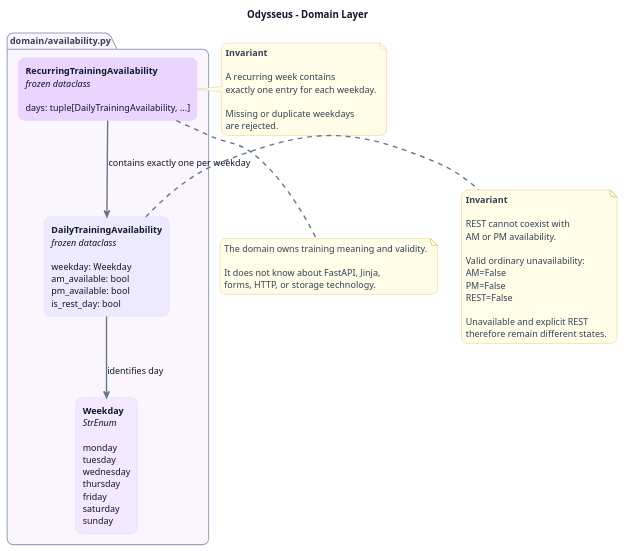
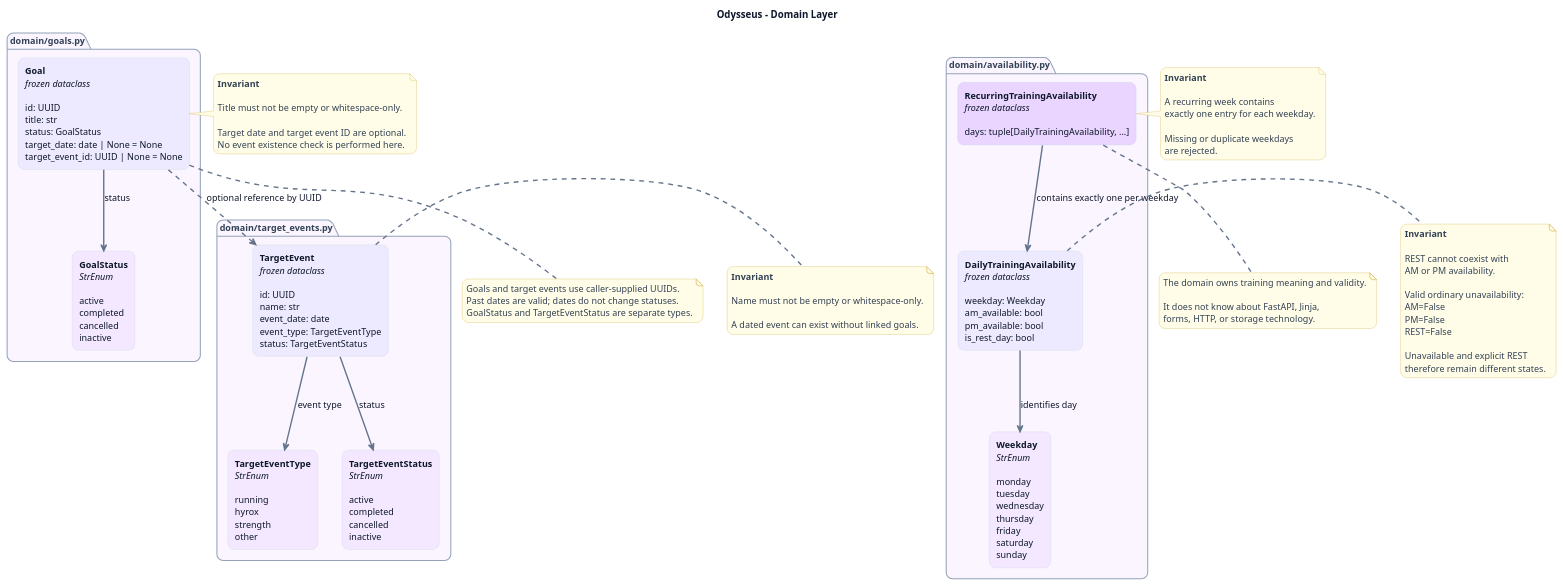
One commit to RedFrosty2/MC-portfolio changed the diagram in apps/Odysseus/docs/architecture/diagrams/domain-layer.puml. Above: the diagram before and after it, drawn with PlantUML. The commit also changed 28 other files, not shown here.

```diff
--- a/apps/Odysseus/docs/architecture/diagrams/domain-layer.puml
+++ b/apps/Odysseus/docs/architecture/diagrams/domain-layer.puml
@@ -1,77 +1,118 @@
 @startuml
 title Odysseus - Domain Layer
 
 top to bottom direction
 hide empty description
 
 skinparam backgroundColor #FFFFFF
 skinparam shadowing false
 skinparam roundcorner 18
 skinparam ArrowColor #64748B
 skinparam ArrowThickness 2
 skinparam defaultFontName Arial
 skinparam defaultFontSize 13
 skinparam defaultFontColor #0F172A
 skinparam TitleFontColor #0F172A
 
 skinparam rectangle {
     BorderColor #CBD5E1
     FontColor #0F172A
 }
 
 skinparam package {
     BorderColor #94A3B8
     FontColor #334155
 }
 
 skinparam note {
     BackgroundColor #FFFDE7
     BorderColor #D6B656
     FontColor #334155
 }
 
 
 package "domain/availability.py" #FAF5FF {
     rectangle "<b>Weekday</b>\n<i>StrEnum</i>\n\nmonday\ntuesday\nwednesday\nthursday\nfriday\nsaturday\nsunday" as Weekday #F3E8FF
 
     rectangle "<b>DailyTrainingAvailability</b>\n<i>frozen dataclass</i>\n\nweekday: Weekday\nam_available: bool\npm_available: bool\nis_rest_day: bool" as Daily #EDE9FE
 
     rectangle "<b>RecurringTrainingAvailability</b>\n<i>frozen dataclass</i>\n\ndays: tuple[DailyTrainingAvailability, ...]" as Recurring #E9D5FF
 }
 
+package "domain/goals.py" #FAF5FF {
+    rectangle "<b>GoalStatus</b>\n<i>StrEnum</i>\n\nactive\ncompleted\ncancelled\ninactive" as GoalStatus #F3E8FF
+
+    rectangle "<b>Goal</b>\n<i>frozen dataclass</i>\n\nid: UUID\ntitle: str\nstatus: GoalStatus\ntarget_date: date | None = None\ntarget_event_id: UUID | None = None" as Goal #EDE9FE
+}
+
+package "domain/target_events.py" #FAF5FF {
+    rectangle "<b>TargetEventType</b>\n<i>StrEnum</i>\n\nrunning\nhyrox\nstrength\nother" as TargetEventType #F3E8FF
+
+    rectangle "<b>TargetEventStatus</b>\n<i>StrEnum</i>\n\nactive\ncompleted\ncancelled\ninactive" as TargetEventStatus #F3E8FF
+
+    rectangle "<b>TargetEvent</b>\n<i>frozen dataclass</i>\n\nid: UUID\nname: str\nevent_date: date\nevent_type: TargetEventType\nstatus: TargetEventStatus" as TargetEvent #EDE9FE
+}
+
 Recurring --> Daily : contains exactly one per weekday
 Daily --> Weekday : identifies day
+Goal --> GoalStatus : status
+TargetEvent --> TargetEventType : event type
+TargetEvent --> TargetEventStatus : status
+Goal ..> TargetEvent : optional reference by UUID
+
+note right of Goal
+<b>Invariant</b>
+
+Title must not be empty or whitespace-only.
+
+Target date and target event ID are optional.
+No event existence check is performed here.
+end note
+
+note right of TargetEvent
+<b>Invariant</b>
+
+Name must not be empty or whitespace-only.
+
+A dated event can exist without linked goals.
+end note
+
+note bottom of Goal
+Goals and target events use caller-supplied UUIDs.
+Past dates are valid; dates do not change statuses.
+GoalStatus and TargetEventStatus are separate types.
+end note
 
 note right of Daily
 <b>Invariant</b>
 
 REST cannot coexist with
 AM or PM availability.
 
 Valid ordinary unavailability:
 AM=False
 PM=False
 REST=False
 
 Unavailable and explicit REST
 therefore remain different states.
 end note
 
 note right of Recurring
 <b>Invariant</b>
 
 A recurring week contains
 exactly one entry for each weekday.
 
 Missing or duplicate weekdays
 are rejected.
 end note
 
 note bottom of Recurring
 The domain owns training meaning and validity.
 
 It does not know about FastAPI, Jinja,
 forms, HTTP, or storage technology.
 end note
 
 @enduml
```
